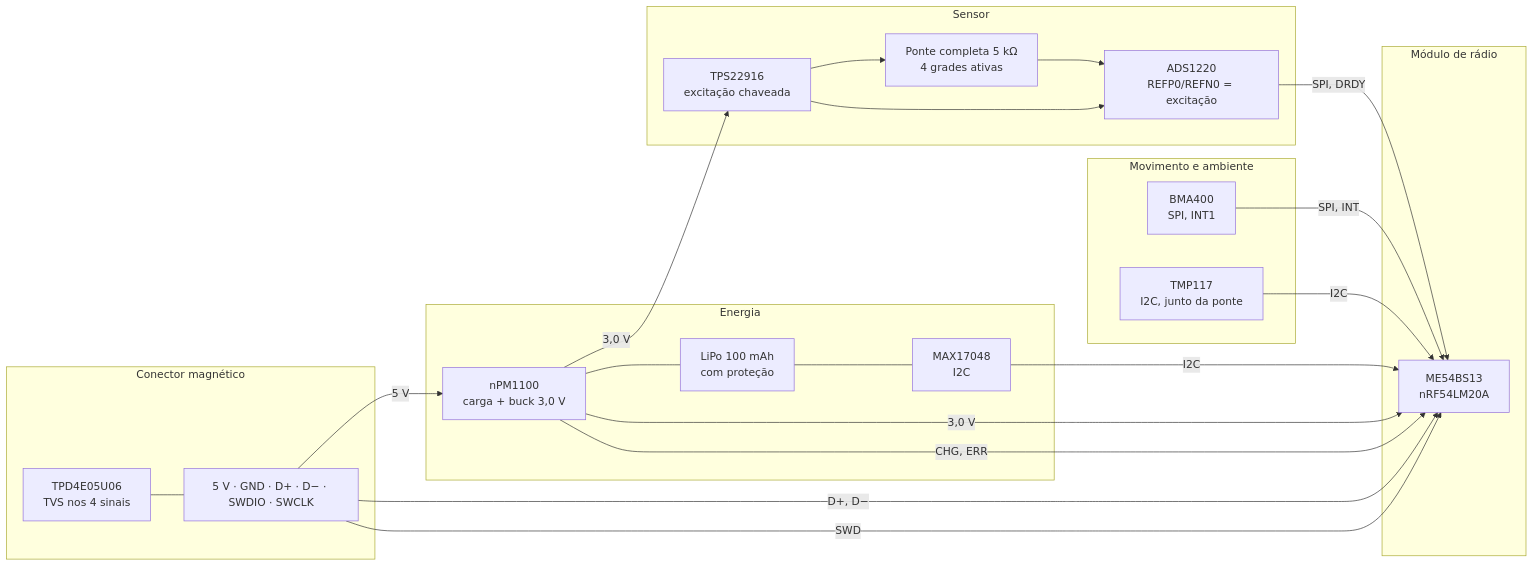
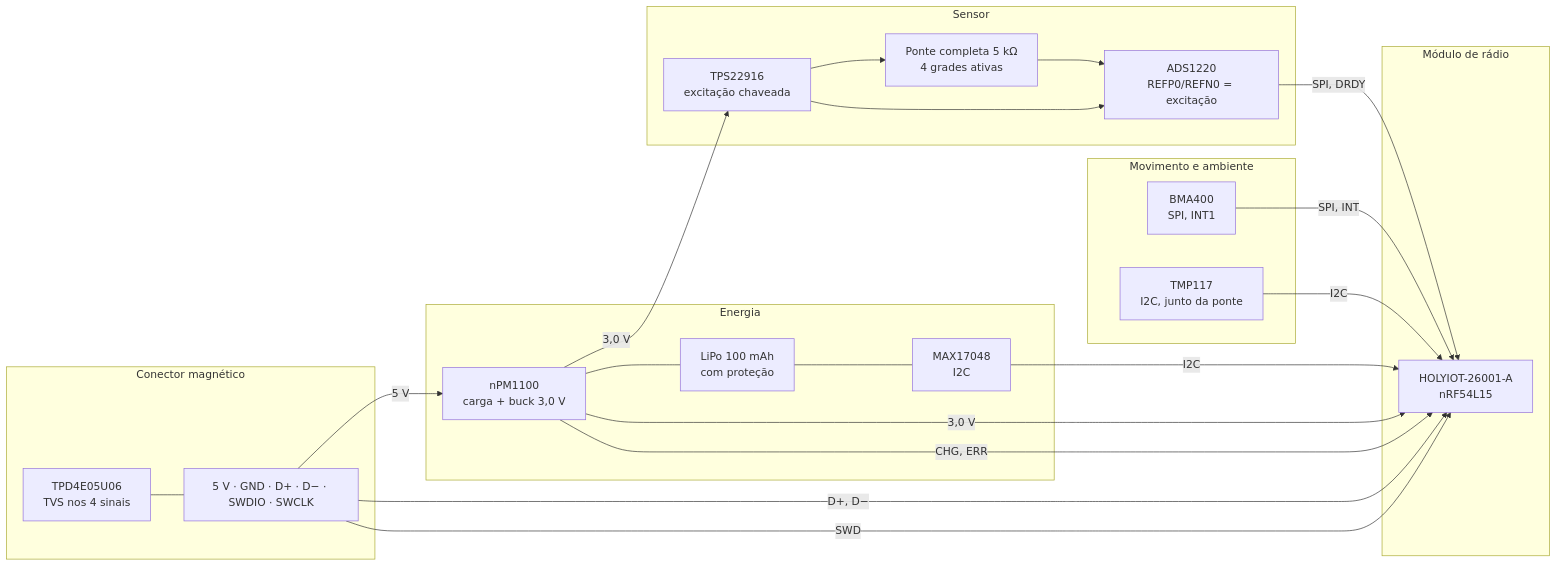
The diagram in docs/02-hardware.md (Guiimartinho/bike-powermeter), drawn with Mermaid before and after one commit. The commit also changed other lines of this file and 11 other files, not shown here.

````diff
--- a/docs/02-hardware.md
+++ b/docs/02-hardware.md
@@ -26,39 +26,39 @@
 ```mermaid
 flowchart LR
     subgraph SENSOR["Sensor"]
         B["Ponte completa 5 kΩ<br/>4 grades ativas"]
         SW["TPS22916<br/>excitação chaveada"]
         A["ADS1220<br/>REFP0/REFN0 = excitação"]
         SW --> B --> A
         SW --> A
     end
     subgraph MOV["Movimento e ambiente"]
         I["BMA400<br/>SPI, INT1"]
         T["TMP117<br/>I2C, junto da ponte"]
     end
     subgraph MCU["Módulo de rádio"]
-        M["ME54BS13<br/>nRF54LM20A"]
+        M["HOLYIOT-26001-A<br/>nRF54L15"]
     end
     subgraph EN["Energia"]
         P["nPM1100<br/>carga + buck 3,0 V"]
         BAT["LiPo 100 mAh<br/>com proteção"]
         F["MAX17048<br/>I2C"]
         P --- BAT
         BAT --- F
     end
     subgraph CON["Conector magnético"]
         C["5 V · GND · D+ · D− · SWDIO · SWCLK"]
         E["TPD4E05U06<br/>TVS nos 4 sinais"]
     end
     A -- "SPI, DRDY" --> M
     I -- "SPI, INT" --> M
     T -- "I2C" --> M
     F -- "I2C" --> M
     P -- "3,0 V" --> M
     P -- "3,0 V" --> SW
     P -- "CHG, ERR" --> M
     C -- "5 V" --> P
     C -- "D+, D−" --> M
     C -- "SWD" --> M
     E --- C
 ```
````
